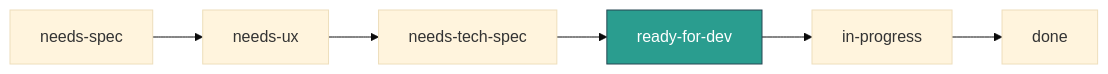
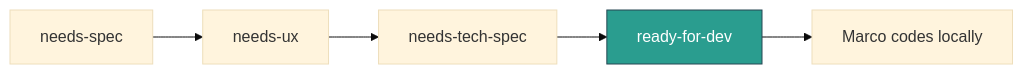
Before and after one commit to arc-eng/journeyloop-docs: the diagram in docs/engineering/agent-roster.md, drawn with Mermaid (base theme). The commit also changed other lines of this file and 4 other files, not shown here.

Commit message:
docs: document SWE removal — ready-for-dev is final stage, auto-build retired, Marco codes locally

````diff
--- a/docs/engineering/agent-roster.md
+++ b/docs/engineering/agent-roster.md
@@ -227,10 +203,9 @@
 ```mermaid
 graph LR
     A[needs-spec] --> B[needs-ux]
     B --> C[needs-tech-spec]
     C --> D[ready-for-dev]
-    D --> E[in-progress]
-    E --> F[done]
+    D --> E[Marco codes locally]
 
     style D fill:#2a9d8f,stroke:#264653,color:#fff
 ```
````
